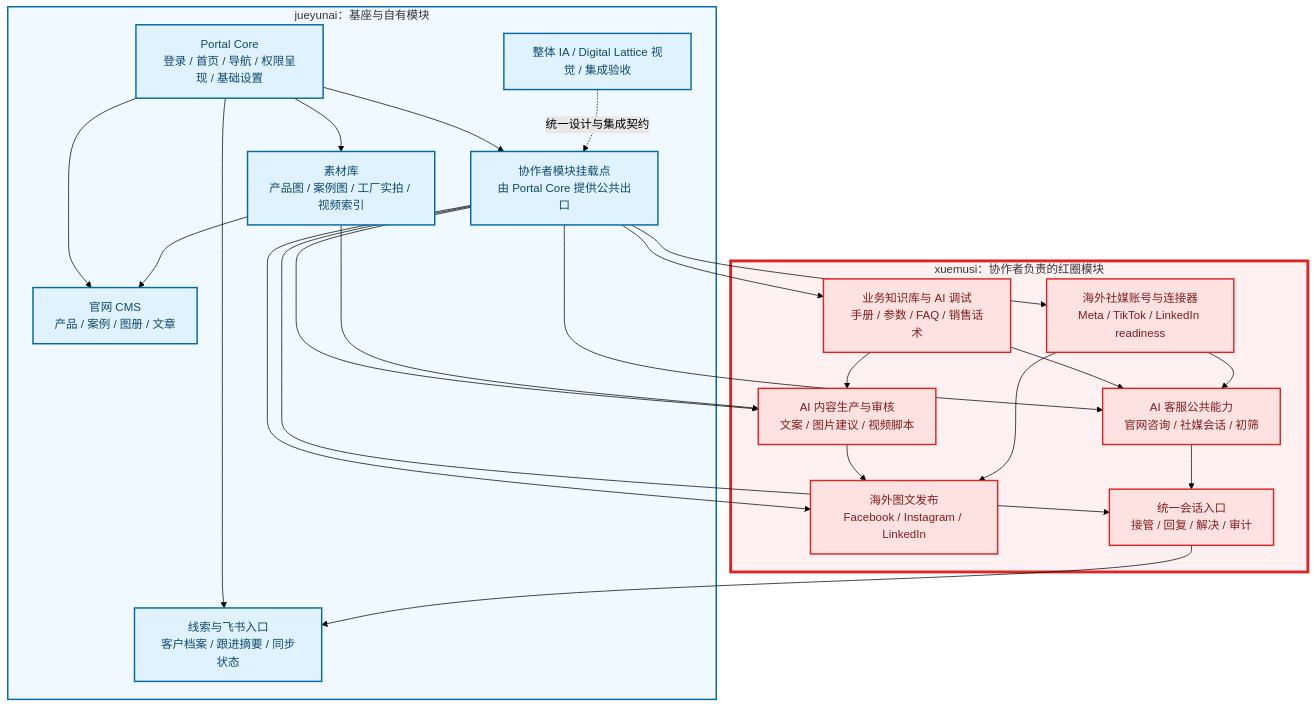
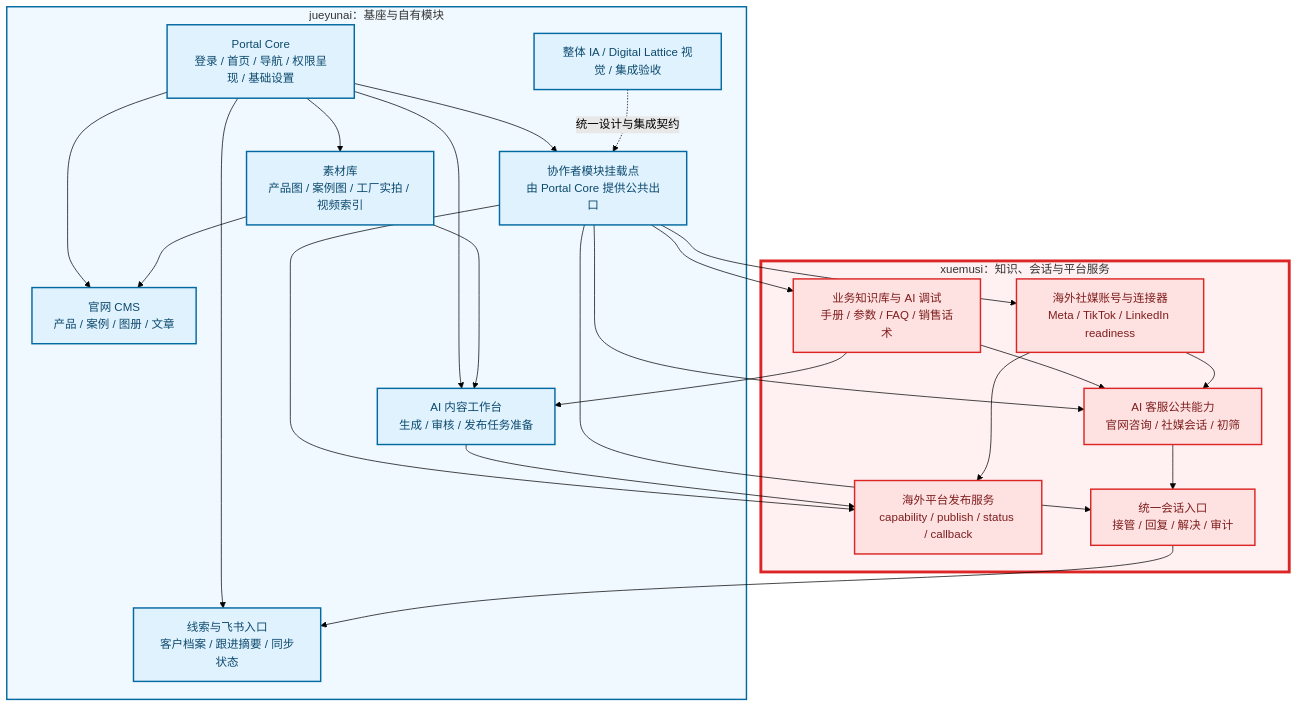
One commit to jueyunai/ivybm changed the third of 3 diagrams in docs/architecture/adr/0004-modular-admin-portal.md. Above: the diagram before and after it, drawn with Mermaid (forest theme). The commit also changed other lines of this file and 17 other files, not shown here.

````diff
--- a/docs/architecture/adr/0004-modular-admin-portal.md
+++ b/docs/architecture/adr/0004-modular-admin-portal.md
@@ -166,48 +163,48 @@
 ```mermaid
 flowchart TB
     subgraph OWNER["jueyunai：基座与自有模块"]
         CORE["Portal Core<br/>登录 / 首页 / 导航 / 权限呈现 / 基础设置"]
         CMS["官网 CMS<br/>产品 / 案例 / 图册 / 文章"]
         ASSETS["素材库<br/>产品图 / 案例图 / 工厂实拍 / 视频索引"]
         LEADS["线索与飞书入口<br/>客户档案 / 跟进摘要 / 同步状态"]
+        CONTENT["AI 内容工作台<br/>生成 / 审核 / 发布任务准备"]
         QA["整体 IA / Digital Lattice 视觉 / 集成验收"]
         SLOT["协作者模块挂载点<br/>由 Portal Core 提供公共出口"]
     end
 
-    subgraph COLLAB["xuemusi：协作者负责的红圈模块"]
+    subgraph COLLAB["xuemusi：知识、会话与平台服务"]
         KNOW["业务知识库与 AI 调试<br/>手册 / 参数 / FAQ / 销售话术"]
-        CONTENT["AI 内容生产与审核<br/>文案 / 图片建议 / 视频脚本"]
-        PUBLISH["海外图文发布<br/>Facebook / Instagram / LinkedIn"]
+        PUBLISH["海外平台发布服务<br/>capability / publish / status / callback"]
         CHAT["AI 客服公共能力<br/>官网咨询 / 社媒会话 / 初筛"]
         INBOX["统一会话入口<br/>接管 / 回复 / 解决 / 审计"]
         SOCIAL["海外社媒账号与连接器<br/>Meta / TikTok / LinkedIn readiness"]
     end
 
     CORE --> CMS
     CORE --> ASSETS
     CORE --> LEADS
+    CORE --> CONTENT
     CORE --> SLOT
     SLOT --> KNOW
-    SLOT --> CONTENT
     SLOT --> PUBLISH
     SLOT --> CHAT
     SLOT --> INBOX
     SLOT --> SOCIAL
     KNOW --> CONTENT
     KNOW --> CHAT
     ASSETS --> CMS
     ASSETS --> CONTENT
     CONTENT --> PUBLISH
     SOCIAL --> PUBLISH
     SOCIAL --> CHAT
     CHAT --> INBOX
     INBOX --> LEADS
     QA -. "统一设计与集成契约" .-> SLOT
 
     classDef owner fill:#e0f2fe,stroke:#0369a1,stroke-width:2px,color:#0c4a6e
     classDef collaborator fill:#fee2e2,stroke:#dc2626,stroke-width:2px,color:#7f1d1d
-    class CORE,CMS,ASSETS,LEADS,QA,SLOT owner
-    class KNOW,CONTENT,PUBLISH,CHAT,INBOX,SOCIAL collaborator
+    class CORE,CMS,ASSETS,LEADS,CONTENT,QA,SLOT owner
+    class KNOW,PUBLISH,CHAT,INBOX,SOCIAL collaborator
     style OWNER fill:#f0f9ff,stroke:#0369a1,stroke-width:2px
     style COLLAB fill:#fff1f2,stroke:#dc2626,stroke-width:4px
 ```
````
